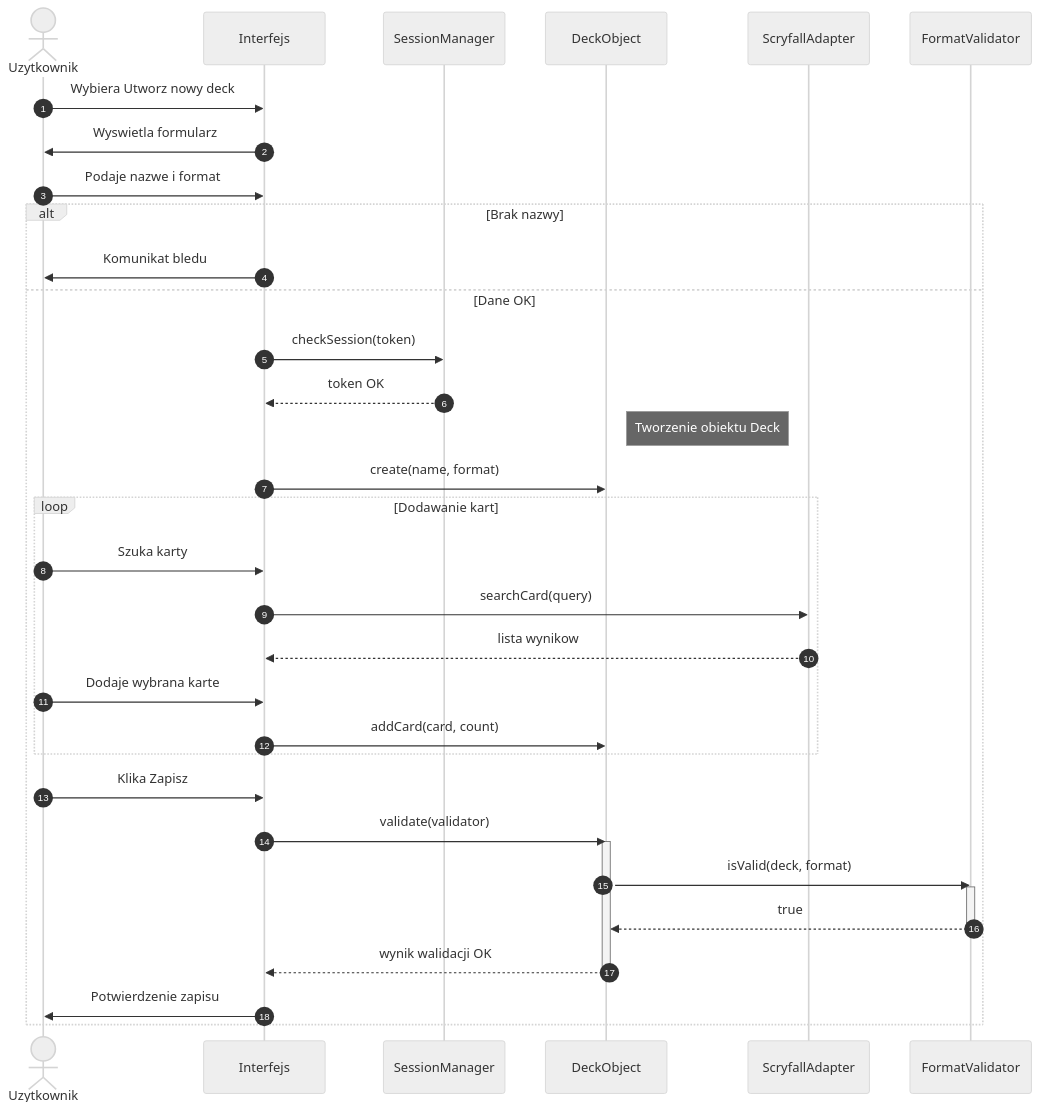
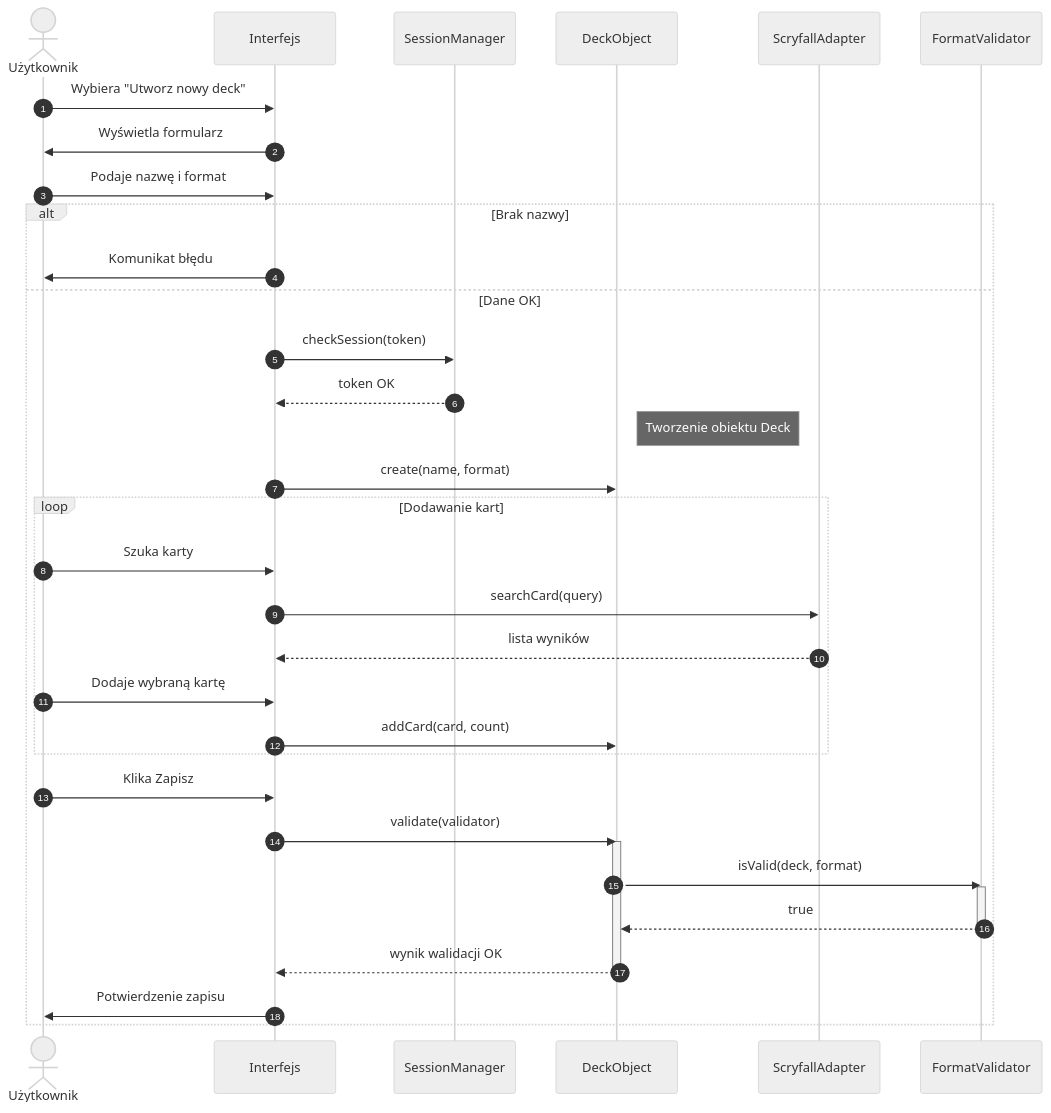
Before and after one commit to IO-2026-Pryncypalki/Grimoire_MTG: the fourth of 7 diagrams in work_in_progress/diagramSekwencji.md, drawn with Mermaid (neutral theme). The commit also changed other lines of this file and 2 other files, not shown here.

Commit message:
dodano_polskie_znaki_w_diagramie_sekwencji

````diff
--- a/work_in_progress/diagramSekwencji.md
+++ b/work_in_progress/diagramSekwencji.md
@@ -166,46 +166,46 @@
 ```mermaid
 sequenceDiagram
     autonumber
-    actor U as Uzytkownik
+    actor U as Użytkownik
     participant UI as Interfejs
     participant SM as SessionManager
     participant D as DeckObject
     participant SA as ScryfallAdapter
     participant VAL as FormatValidator
 
-    U->>UI: Wybiera Utworz nowy deck
-    UI->>U: Wyswietla formularz
+    U->>UI: Wybiera "Utworz nowy deck"
+    UI->>U: Wyświetla formularz
 
-    U->>UI: Podaje nazwe i format
+    U->>UI: Podaje nazwę i format
 
     alt Brak nazwy
-        UI->>U: Komunikat bledu
+        UI->>U: Komunikat błędu
     else Dane OK
         UI->>SM: checkSession(token)
         SM-->>UI: token OK
 
         Note right of D: Tworzenie obiektu Deck
         UI->>D: create(name, format)
 
         loop Dodawanie kart
             U->>UI: Szuka karty
             UI->>SA: searchCard(query)
-            SA-->>UI: lista wynikow
-            U->>UI: Dodaje wybrana karte
+            SA-->>UI: lista wyników
+            U->>UI: Dodaje wybraną kartę
             UI->>D: addCard(card, count)
         end
 
         U->>UI: Klika Zapisz
 
         UI->>D: validate(validator)
         activate D
         D->>VAL: isValid(deck, format)
         activate VAL
         VAL-->>D: true
         deactivate VAL
         D-->>UI: wynik walidacji OK
         deactivate D
 
         UI->>U: Potwierdzenie zapisu
     end
 ```
````
